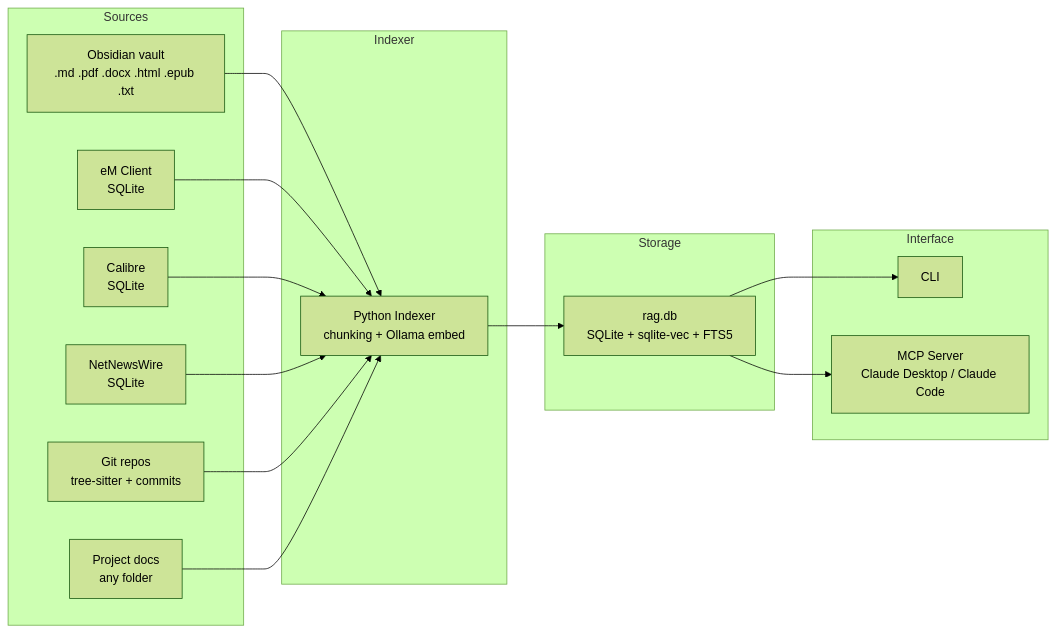
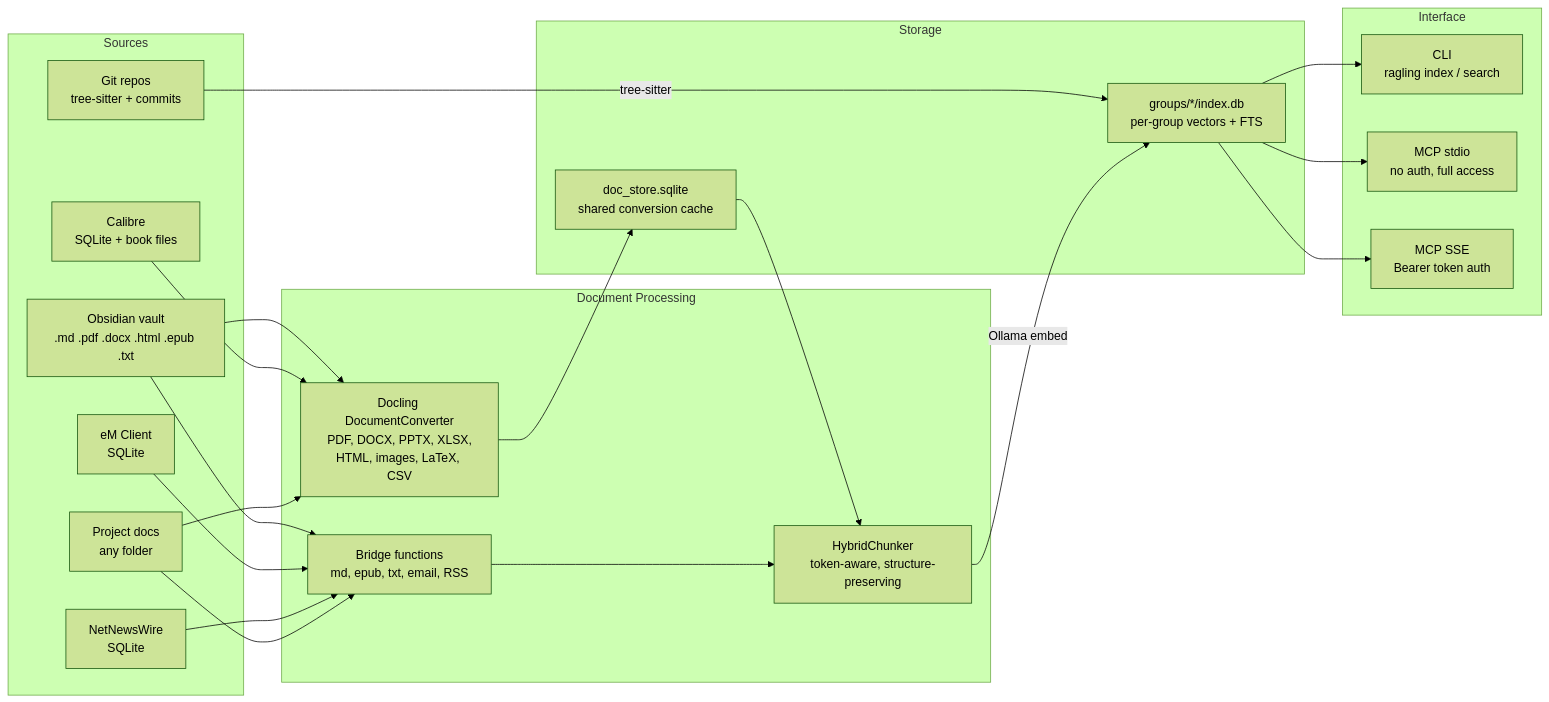
Before and after one commit to aihaysteve/local-rag: the diagram in docs/architecture.md, drawn with Mermaid (forest theme). The commit also changed other lines of this file, not shown here.

First line of the commit message:
docs: rewrite architecture.md for ragling Docling architecture

````diff
--- a/docs/architecture.md
+++ b/docs/architecture.md
@@ -14,34 +16,45 @@
 ```mermaid
 flowchart LR
     subgraph Sources
         OBS["Obsidian vault<br/>.md .pdf .docx .html .epub .txt"]
         EM["eM Client<br/>SQLite"]
-        CAL["Calibre<br/>SQLite"]
+        CAL["Calibre<br/>SQLite + book files"]
         NNW["NetNewsWire<br/>SQLite"]
         GIT["Git repos<br/>tree-sitter + commits"]
         PRJ["Project docs<br/>any folder"]
     end
 
-    subgraph Indexer
-        IDX["Python Indexer<br/>chunking + Ollama embed"]
+    subgraph Document Processing
+        DC["Docling DocumentConverter<br/>PDF, DOCX, PPTX, XLSX,<br/>HTML, images, LaTeX, CSV"]
+        BR["Bridge functions<br/>md, epub, txt, email, RSS"]
+        HC["HybridChunker<br/>token-aware, structure-preserving"]
     end
 
     subgraph Storage
-        DB["rag.db<br/>SQLite + sqlite-vec + FTS5"]
+        DS["doc_store.sqlite<br/>shared conversion cache"]
+        GI["groups/*/index.db<br/>per-group vectors + FTS"]
     end
 
     subgraph Interface
-        CLI["CLI"]
-        MCP["MCP Server<br/>Claude Desktop / Claude Code"]
+        CLI["CLI<br/>ragling index / search"]
+        STDIO["MCP stdio<br/>no auth, full access"]
+        SSE["MCP SSE<br/>Bearer token auth"]
     end
 
-    OBS --> IDX
-    EM --> IDX
-    CAL --> IDX
-    NNW --> IDX
-    GIT --> IDX
-    PRJ --> IDX
-    IDX --> DB
-    DB --> CLI
-    DB --> MCP
+    OBS --> DC
+    OBS --> BR
+    EM --> BR
+    CAL --> DC
+    NNW --> BR
+    GIT -->|tree-sitter| GI
+    PRJ --> DC
+    PRJ --> BR
+
+    DC --> DS
+    BR --> HC
+    DS --> HC
+    HC -->|Ollama embed| GI
+    GI --> CLI
+    GI --> STDIO
+    GI --> SSE
 ```
````
